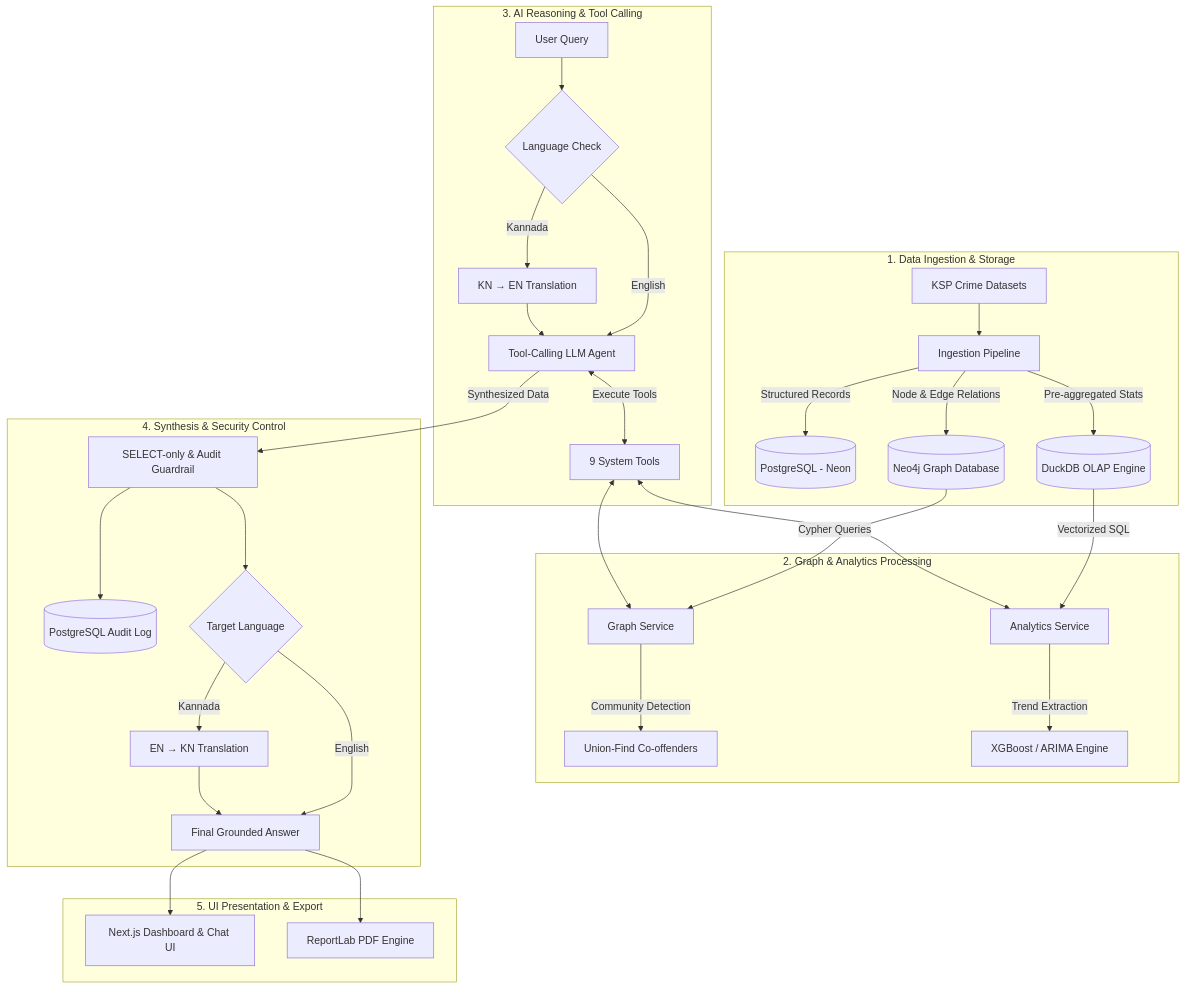
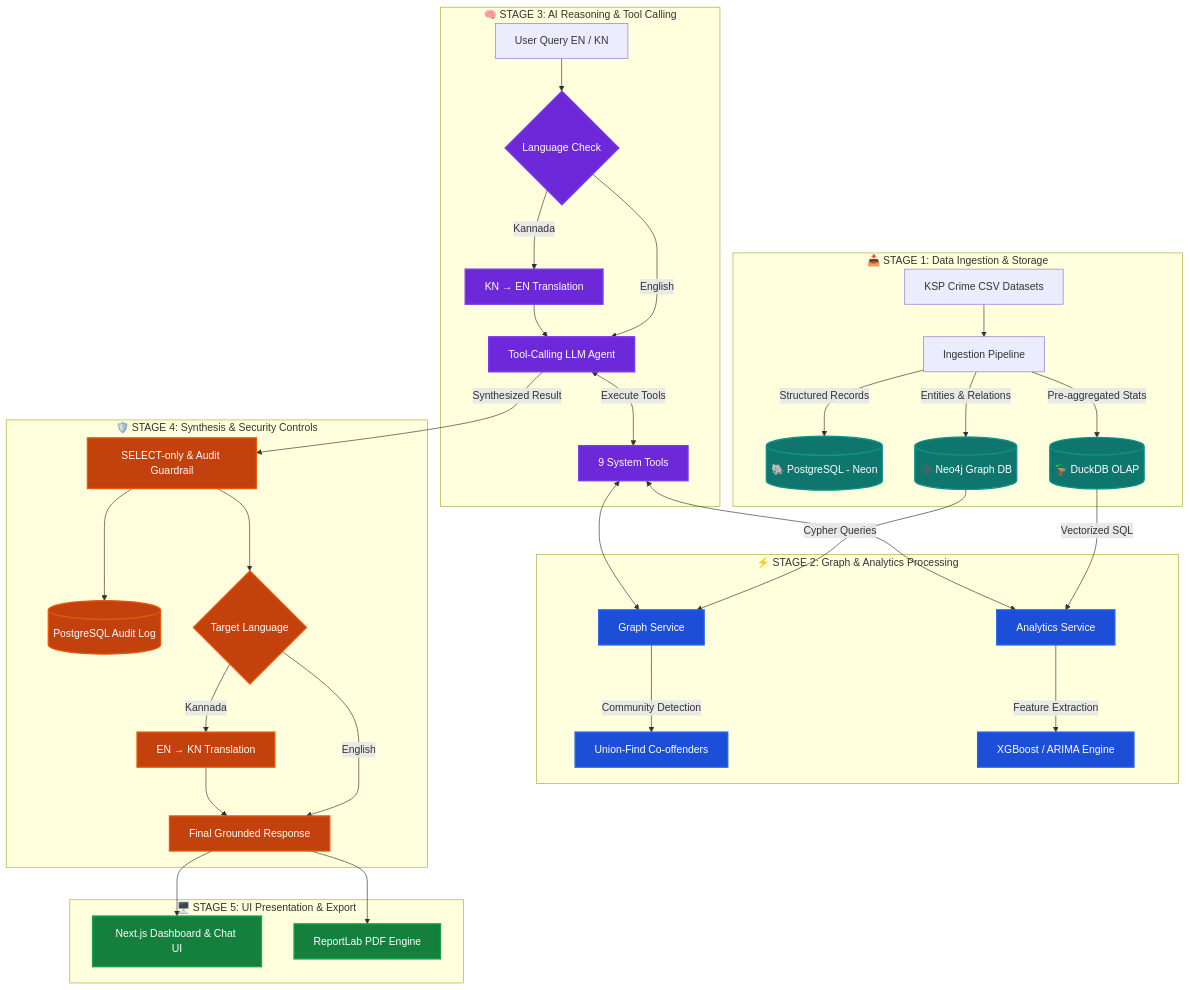
The second of 3 diagrams in README.md (lokojitcoder123/CrimeRakshak-NEW), drawn with Mermaid before and after one commit. The commit also changed other lines of this file, not shown here.

Commit message:
docs: replace ASCII architecture diagrams with styled Mermaid.js flowcharts in README.md

````diff
--- a/README.md
+++ b/README.md
@@ -101,40 +119,47 @@
 ```mermaid
 flowchart TD
-    subgraph Stage1["1. Data Ingestion & Storage"]
-        RawCSV[KSP Crime Datasets] --> Loader[Ingestion Pipeline]
-        Loader -->|Structured Records| PG[(PostgreSQL - Neon)]
-        Loader -->|Pre-aggregated Stats| DDB[(DuckDB OLAP Engine)]
-        Loader -->|Node & Edge Relations| N4J[(Neo4j Graph Database)]
+    %% Custom Stage Color Themes
+    classDef stage1 fill:#0F766E,stroke:#0D9488,stroke-width:2px,color:#FFFFFF
+    classDef stage2 fill:#1D4ED8,stroke:#2563EB,stroke-width:2px,color:#FFFFFF
+    classDef stage3 fill:#6D28D9,stroke:#7C3AED,stroke-width:2px,color:#FFFFFF
+    classDef stage4 fill:#C2410C,stroke:#EA580C,stroke-width:2px,color:#FFFFFF
+    classDef stage5 fill:#15803D,stroke:#16A34A,stroke-width:2px,color:#FFFFFF
+
+    subgraph Stage1["📥 STAGE 1: Data Ingestion & Storage"]
+        RawCSV[KSP Crime CSV Datasets] --> Loader[Ingestion Pipeline]
+        Loader -->|Structured Records| PG[(🐘 PostgreSQL - Neon)]:::stage1
+        Loader -->|Pre-aggregated Stats| DDB[(🦆 DuckDB OLAP)]:::stage1
+        Loader -->|Entities & Relations| N4J[(🕸️ Neo4j Graph DB)]:::stage1
     end
 
-    subgraph Stage2["2. Graph & Analytics Processing"]
-        N4J -->|Cypher Queries| GraphEngine[Graph Service]
-        DDB -->|Vectorized SQL| AnalyticsEngine[Analytics Service]
-        GraphEngine -->|Community Detection| UF[Union-Find Co-offenders]
-        AnalyticsEngine -->|Trend Extraction| ML[XGBoost / ARIMA Engine]
+    subgraph Stage2["⚡ STAGE 2: Graph & Analytics Processing"]
+        N4J -->|Cypher Queries| GraphEngine[Graph Service]:::stage2
+        DDB -->|Vectorized SQL| AnalyticsEngine[Analytics Service]:::stage2
+        GraphEngine -->|Community Detection| UF[Union-Find Co-offenders]:::stage2
+        AnalyticsEngine -->|Feature Extraction| ML[XGBoost / ARIMA Engine]:::stage2
     end
 
-    subgraph Stage3["3. AI Reasoning & Tool Calling"]
-        UserMsg[User Query] --> Translator{Language Check}
-        Translator -->|Kannada| ENTrans[KN → EN Translation]
-        Translator -->|English| Agent[Tool-Calling LLM Agent]
+    subgraph Stage3["🧠 STAGE 3: AI Reasoning & Tool Calling"]
+        UserQuery[User Query EN / KN] --> Translator{Language Check}:::stage3
+        Translator -->|Kannada| ENTrans[KN → EN Translation]:::stage3
+        Translator -->|English| Agent[Tool-Calling LLM Agent]:::stage3
         ENTrans --> Agent
-        Agent <-->|Execute Tools| Tools[9 System Tools]
+        Agent <-->|Execute Tools| Tools[9 System Tools]:::stage3
         Tools <--> GraphEngine
         Tools <--> AnalyticsEngine
     end
 
-    subgraph Stage4["4. Synthesis & Security Control"]
-        Agent -->|Synthesized Data| Guard[SELECT-only & Audit Guardrail]
-        Guard --> Audit[(PostgreSQL Audit Log)]
-        Guard --> ResTrans{Target Language}
-        ResTrans -->|Kannada| KNTrans[EN → KN Translation]
-        ResTrans -->|English| FinalAns[Final Grounded Answer]
+    subgraph Stage4["🛡️ STAGE 4: Synthesis & Security Controls"]
+        Agent -->|Synthesized Result| Guard[SELECT-only & Audit Guardrail]:::stage4
+        Guard --> Audit[(PostgreSQL Audit Log)]:::stage4
+        Guard --> ResTrans{Target Language}:::stage4
+        ResTrans -->|Kannada| KNTrans[EN → KN Translation]:::stage4
+        ResTrans -->|English| FinalAns[Final Grounded Response]:::stage4
         KNTrans --> FinalAns
     end
 
-    subgraph Stage5["5. UI Presentation & Export"]
-        FinalAns --> WebApp[Next.js Dashboard & Chat UI]
-        FinalAns --> PDFGen[ReportLab PDF Engine]
+    subgraph Stage5["🖥️ STAGE 5: UI Presentation & Export"]
+        FinalAns --> WebApp[Next.js Dashboard & Chat UI]:::stage5
+        FinalAns --> PDFGen[ReportLab PDF Engine]:::stage5
     end
 ```
````
